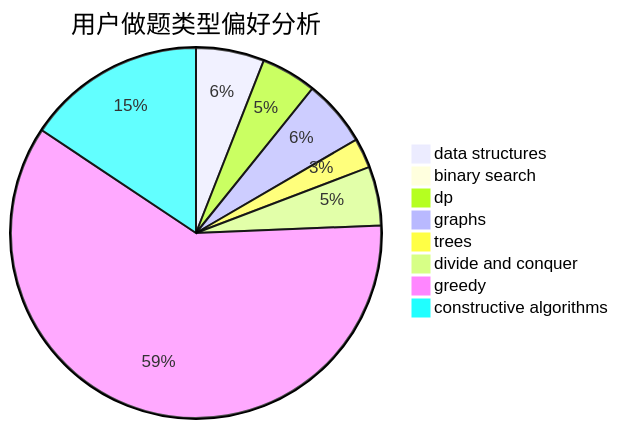
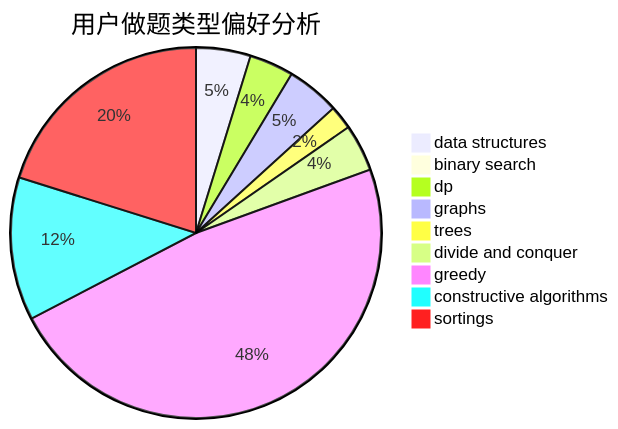
The second of 3 diagrams in docs/user/u620.md (sherpahu/cfrs.github.io), drawn with Mermaid before and after one commit. The commit also changed other lines of this file and 2769 other files, not shown here.

````diff
--- a/docs/user/u620.md
+++ b/docs/user/u620.md
@@ -23,11 +18,12 @@
 ```mermaid
 pie title 用户做题类型偏好分析
     "data structures" :  80
     "binary search" :  13
     "dp" :  65
     "graphs" :  78
     "trees" :  35
     "divide and conquer" :  69
     "greedy" :  806
     "constructive algorithms" :  210
+    "sortings" :  339
 ```
````
